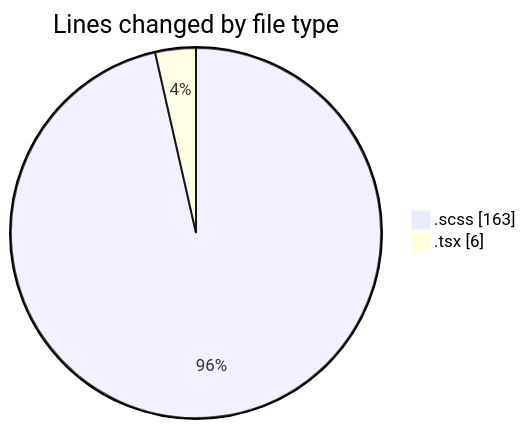
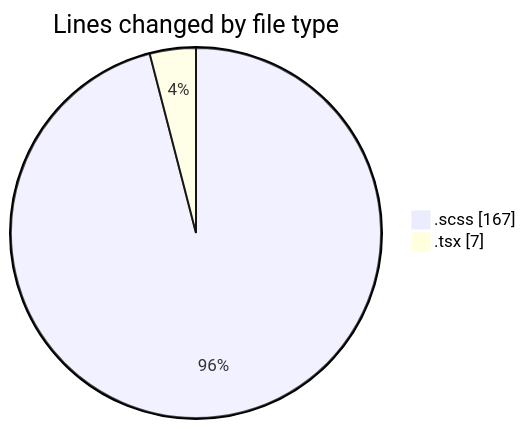
The first of 2 diagrams in 2026-08-10/cda/README.md (momahboobian/code-tracking), drawn with Mermaid before and after one commit. The commit also changed other lines of this file and 1 other file, not shown here.

````diff
--- a/2026-08-10/cda/README.md
+++ b/2026-08-10/cda/README.md
@@ -23,6 +23,6 @@
 ```mermaid
 pie showData
 title Lines changed by file type
-".scss" : 163
-".tsx" : 6
+".scss" : 167
+".tsx" : 7
 ```
````
